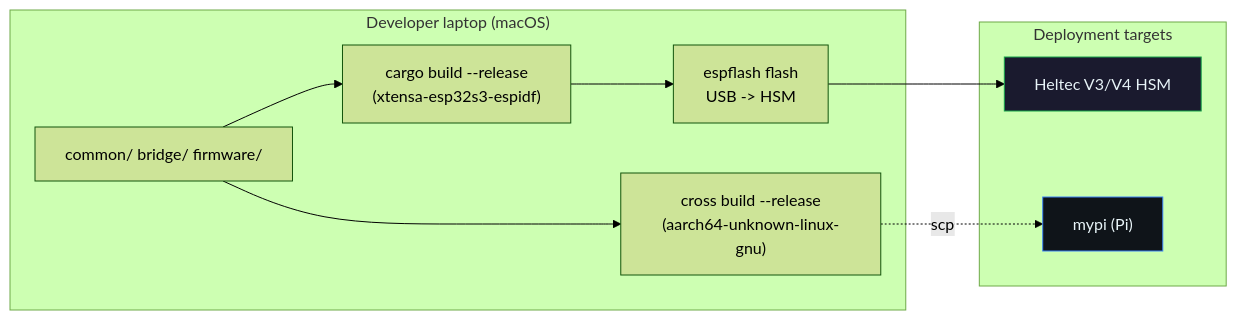
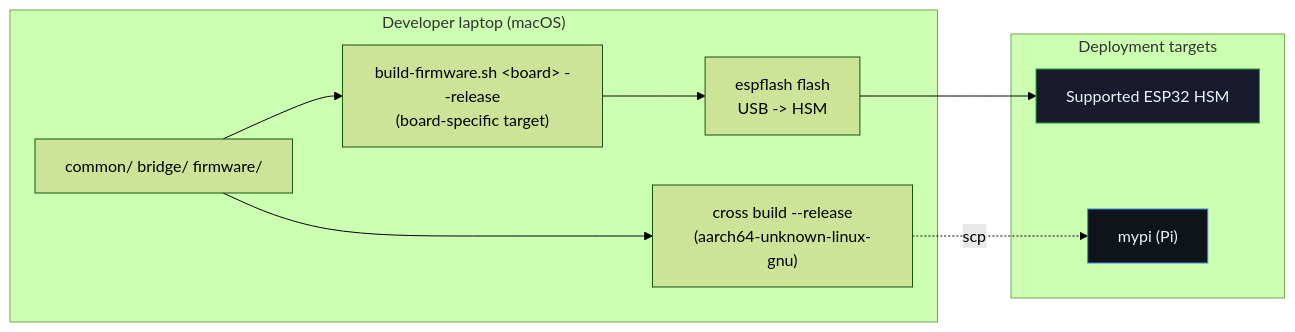
One commit to forgesworn/heartwood-esp32 changed the fifth of 5 diagrams in docs/architecture.md. Above: the diagram before and after it, drawn with Mermaid (forest theme). The commit also changed other lines of this file and 36 other files, not shown here.

````diff
--- a/docs/architecture.md
+++ b/docs/architecture.md
@@ -209,20 +239,20 @@
 ```mermaid
 flowchart LR
     subgraph Dev["Developer laptop (macOS)"]
         Src["common/ bridge/ firmware/"]
-        Xtensa["cargo build --release<br/>(xtensa-esp32s3-espidf)"]
+        FirmwareBuild["build-firmware.sh &lt;board&gt; --release<br/>(board-specific target)"]
         Cross["cross build --release<br/>(aarch64-unknown-linux-gnu)"]
         Espflash["espflash flash<br/>USB -> HSM"]
     end
 
     subgraph Target["Deployment targets"]
-        HSM2["Heltec V3/V4 HSM"]
+        HSM2["Supported ESP32 HSM"]
         Pi2["mypi (Pi)"]
     end
 
-    Src --> Xtensa --> Espflash --> HSM2
+    Src --> FirmwareBuild --> Espflash --> HSM2
     Src --> Cross -.scp.-> Pi2
 
     style HSM2 fill:#1a1a2e,stroke:#16a34a,color:#e8f4f8
     style Pi2 fill:#0f1419,stroke:#3b82f6,color:#e8f4f8
 ```
````
